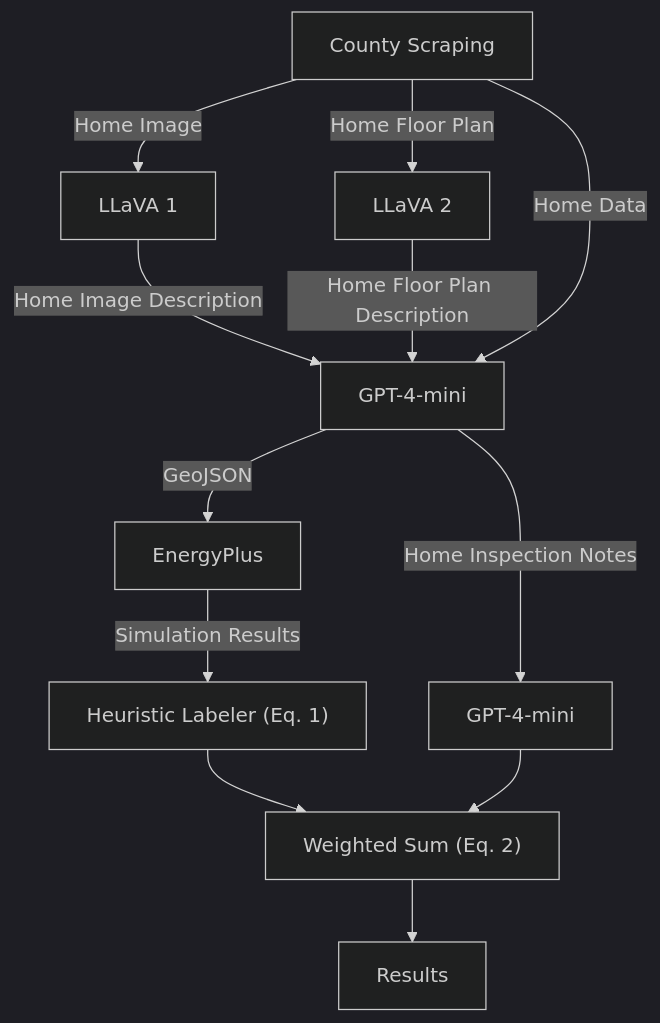
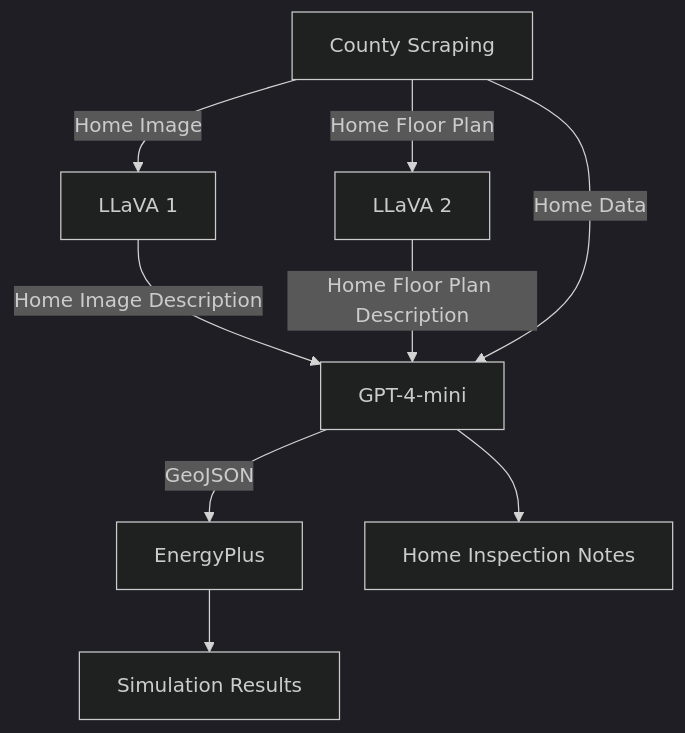
One commit to Lafayette-EshbaughSilveyra-Group/synthetic-homes changed the diagram in README.md. Above: the diagram before and after it, drawn with Mermaid (dark theme). The commit also changed other lines of this file and 18 other files, not shown here.

````diff
--- a/README.md
+++ b/README.md
@@ -36,14 +37,11 @@
 ```mermaid
 graph TD
   A["County Scraping"] --Home Image--> B["LLaVA 1"]
   A --Home Floor Plan--> C["LLaVA 2"]
   B --Home Image Description--> D["GPT-4-mini"]
   C --Home Floor Plan Description--> D
   A --Home Data--> D
   D --GeoJSON--> E[EnergyPlus]
-  D --Home Inspection Notes--> F["GPT-4-mini"]
-  E --Simulation Results--> G["Heuristic Labeler (Eq. 1)"]
-  G --> H["Weighted Sum (Eq. 2)"]
-  F --> H
-  H --> I["Results"] 
+  D --> F["Home Inspection Notes"]
+  E --> G["Simulation Results"]
 ```
````
